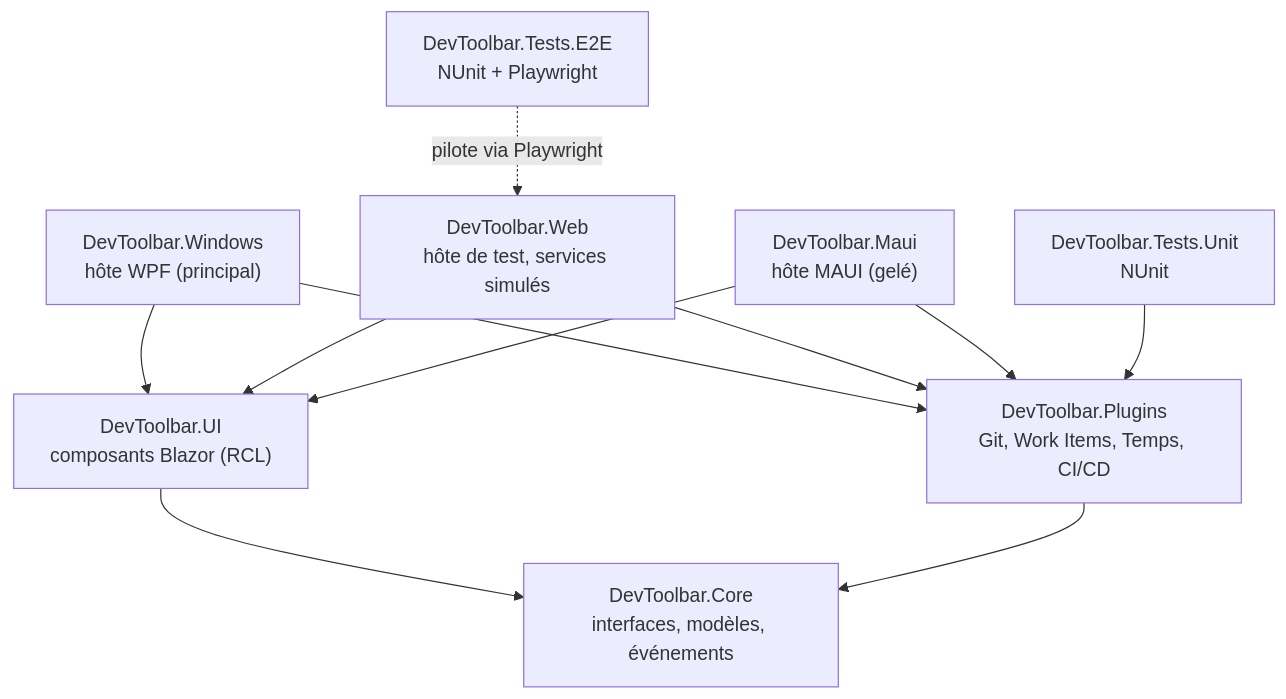
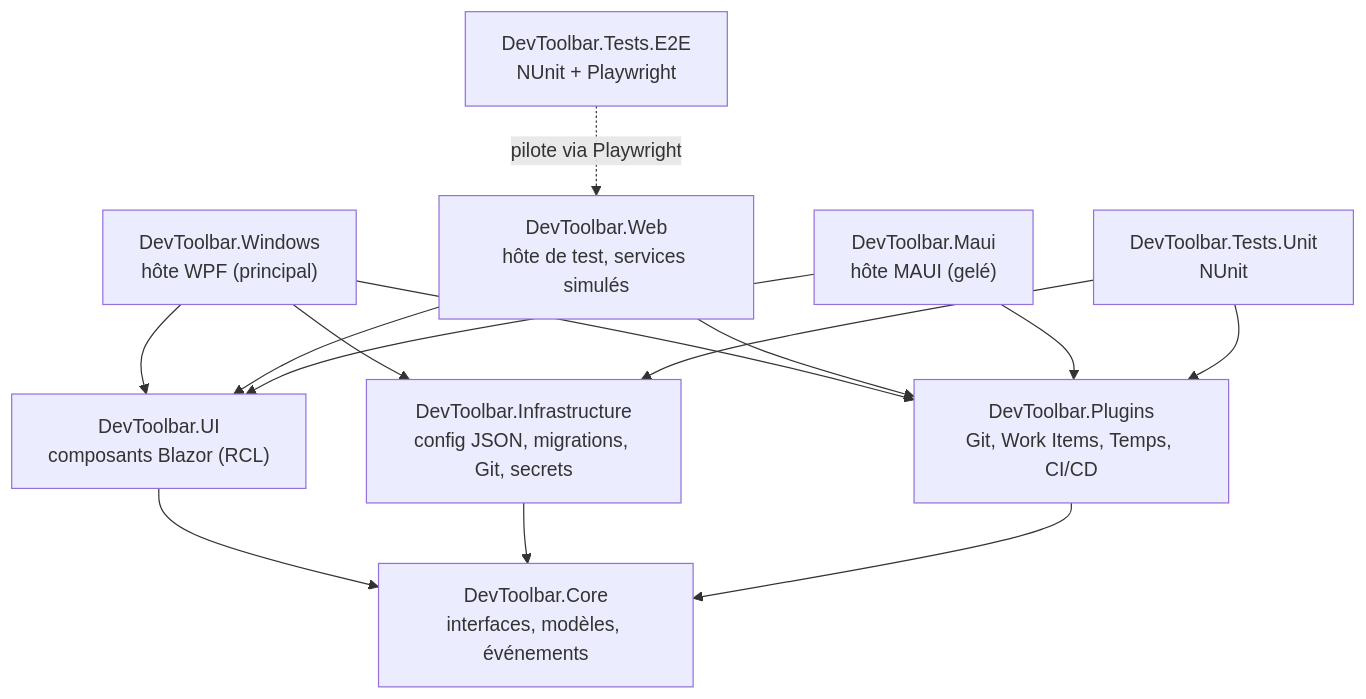
The diagram in doc/Features.md (Kazo-ca/bar), drawn with Mermaid before and after one commit. The commit also changed other lines of this file and 30 other files, not shown here.

````diff
--- a/doc/Features.md
+++ b/doc/Features.md
@@ -98,22 +98,26 @@
 ```mermaid
 graph TD
     Core["DevToolbar.Core<br/>interfaces, modèles, événements"]
+    Infra["DevToolbar.Infrastructure<br/>config JSON, migrations, Git, secrets"]
     UI["DevToolbar.UI<br/>composants Blazor (RCL)"]
     Plugins["DevToolbar.Plugins<br/>Git, Work Items, Temps, CI/CD"]
     Windows["DevToolbar.Windows<br/>hôte WPF (principal)"]
     Web["DevToolbar.Web<br/>hôte de test, services simulés"]
     Maui["DevToolbar.Maui<br/>hôte MAUI (gelé)"]
     E2E["DevToolbar.Tests.E2E<br/>NUnit + Playwright"]
     Unit["DevToolbar.Tests.Unit<br/>NUnit"]
 
     UI --> Core
+    Infra --> Core
+    Windows --> Infra
+    Unit --> Infra
     Plugins --> Core
     Windows --> UI
     Windows --> Plugins
     Web --> UI
     Web --> Plugins
     Maui --> UI
     Maui --> Plugins
     E2E -. "pilote via Playwright" .-> Web
     Unit --> Plugins
 ```
````
